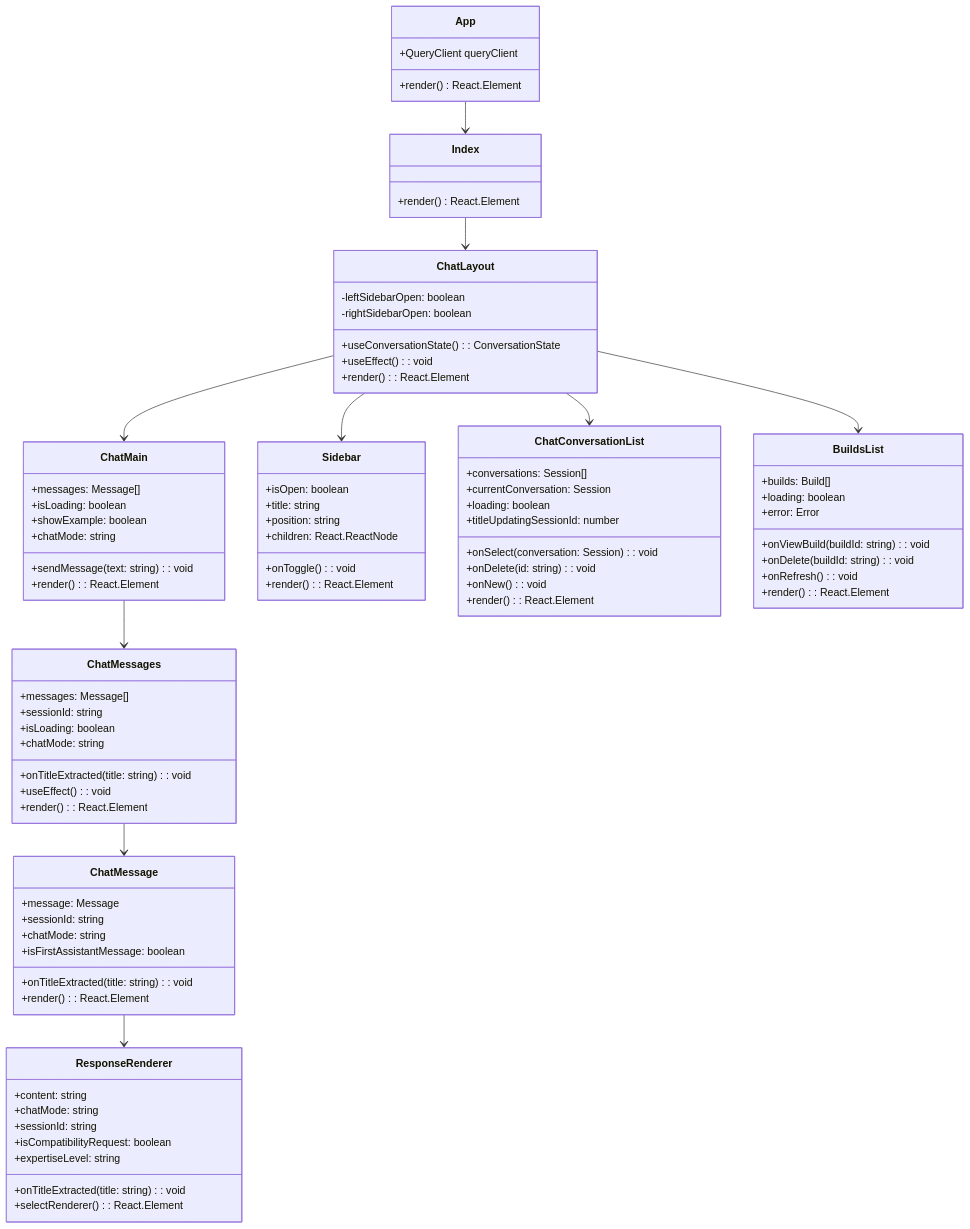
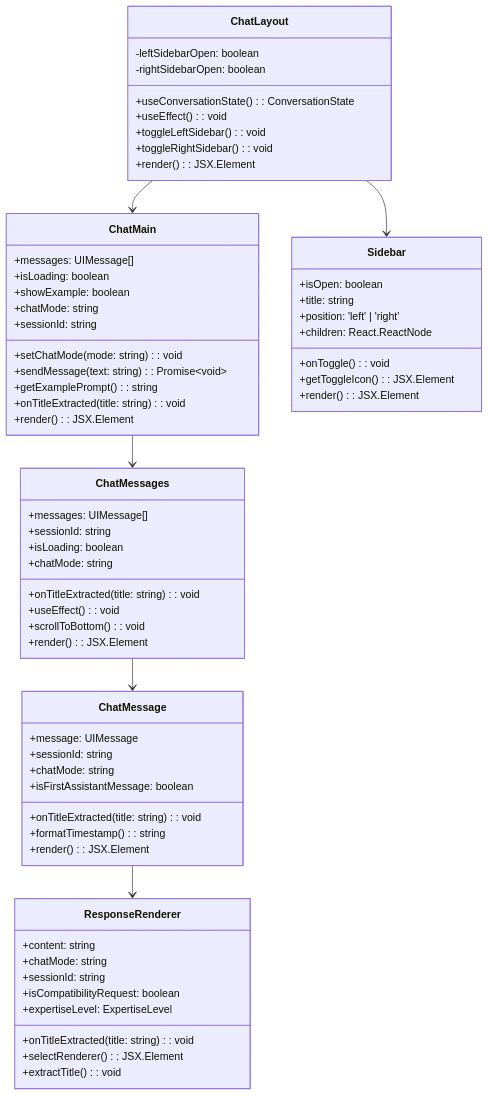
One commit to p0pular131/askspec-chat-assistant changed the fourth of 14 diagrams in docs/design-specification.md. Above: the diagram before and after it, drawn with Mermaid. The commit also changed other lines of this file and 2 other files, not shown here.

First line of the commit message:
Refactor: Enhance design specification with UML diagrams and data types

````diff
--- a/docs/design-specification.md
+++ b/docs/design-specification.md
@@ -76,78 +165,57 @@
 ```mermaid
 classDiagram
-    class App {
-        +QueryClient queryClient
-        +render() React.Element
-    }
-
-    class Index {
-        +render() React.Element
-    }
-
     class ChatLayout {
         -leftSidebarOpen: boolean
         -rightSidebarOpen: boolean
         +useConversationState(): ConversationState
         +useEffect(): void
-        +render(): React.Element
+        +toggleLeftSidebar(): void
+        +toggleRightSidebar(): void
+        +render(): JSX.Element
     }
 
     class ChatMain {
-        +messages: Message[]
+        +messages: UIMessage[]
         +isLoading: boolean
         +showExample: boolean
         +chatMode: string
-        +sendMessage(text: string): void
-        +render(): React.Element
+        +setChatMode(mode: string): void
+        +sendMessage(text: string): Promise~void~
+        +getExamplePrompt(): string
+        +sessionId: string
+        +onTitleExtracted(title: string): void
+        +render(): JSX.Element
     }
 
     class ChatMessages {
-        +messages: Message[]
+        +messages: UIMessage[]
         +sessionId: string
         +isLoading: boolean
         +chatMode: string
         +onTitleExtracted(title: string): void
         +useEffect(): void
-        +render(): React.Element
+        +scrollToBottom(): void
+        +render(): JSX.Element
     }
 
     class ChatMessage {
-        +message: Message
+        +message: UIMessage
         +sessionId: string
         +chatMode: string
         +onTitleExtracted(title: string): void
         +isFirstAssistantMessage: boolean
-        +render(): React.Element
+        +formatTimestamp(): string
+        +render(): JSX.Element
     }
 
     class Sidebar {
         +isOpen: boolean
         +onToggle(): void
         +title: string
-        +position: string
+        +position: 'left' | 'right'
         +children: React.ReactNode
-        +render(): React.Element
-    }
-
-    class ChatConversationList {
-        +conversations: Session[]
-        +currentConversation: Session
-        +loading: boolean
-        +titleUpdatingSessionId: number
-        +onSelect(conversation: Session): void
-        +onDelete(id: string): void
-        +onNew(): void
-        +render(): React.Element
-    }
-
-    class BuildsList {
-        +builds: Build[]
-        +loading: boolean
-        +error: Error
-        +onViewBuild(buildId: string): void
-        +onDelete(buildId: string): void
-        +onRefresh(): void
-        +render(): React.Element
+        +getToggleIcon(): JSX.Element
+        +render(): JSX.Element
     }
 
     class ResponseRenderer {
@@ -155,17 +223,14 @@
         +chatMode: string
         +sessionId: string
         +isCompatibilityRequest: boolean
-        +expertiseLevel: string
+        +expertiseLevel: ExpertiseLevel
         +onTitleExtracted(title: string): void
-        +selectRenderer(): React.Element
+        +selectRenderer(): JSX.Element
+        +extractTitle(): void
     }
 
-    App --> Index
-    Index --> ChatLayout
     ChatLayout --> ChatMain
     ChatLayout --> Sidebar
-    ChatLayout --> ChatConversationList
-    ChatLayout --> BuildsList
     ChatMain --> ChatMessages
     ChatMessages --> ChatMessage
     ChatMessage --> ResponseRenderer
````
